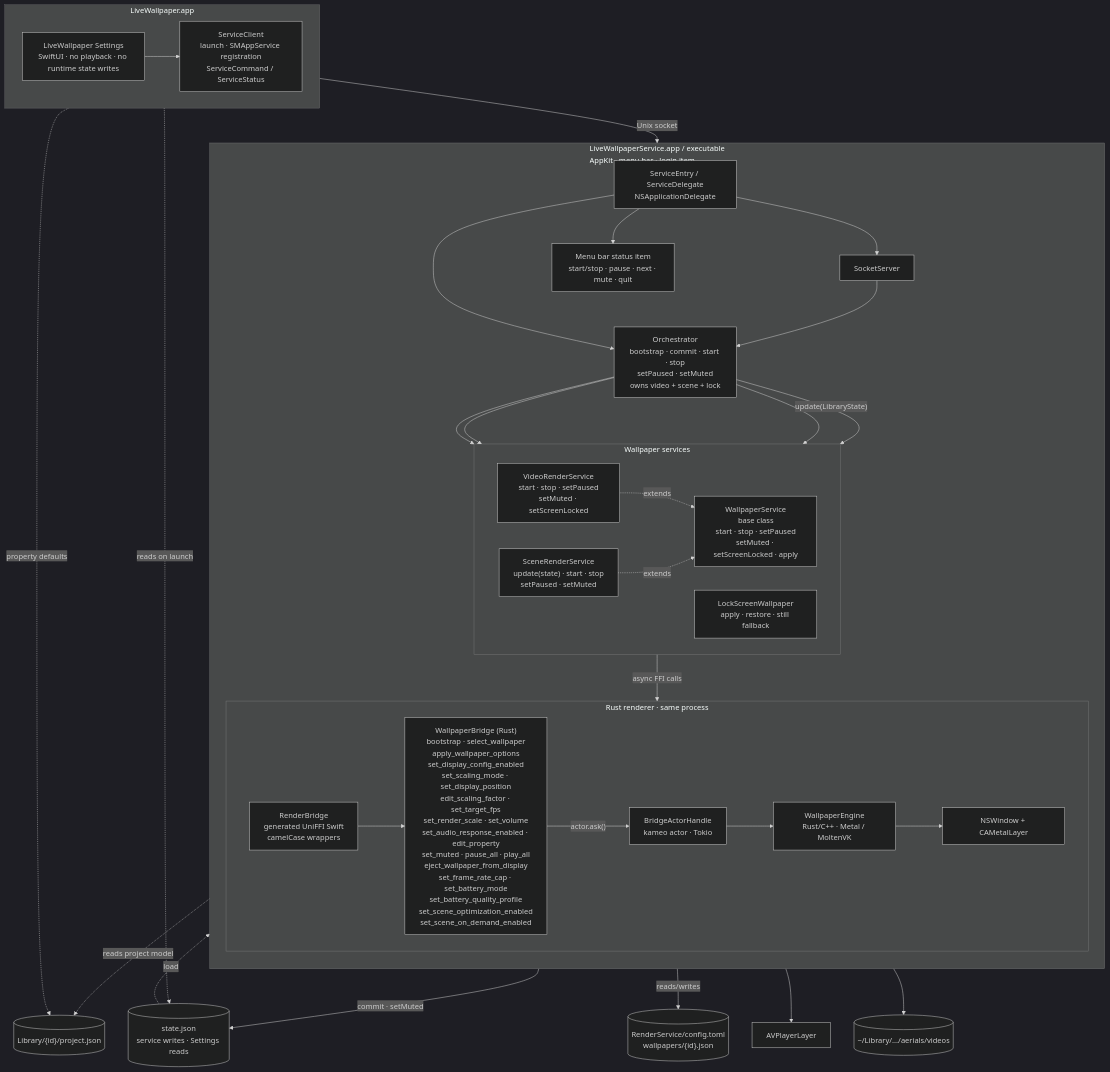
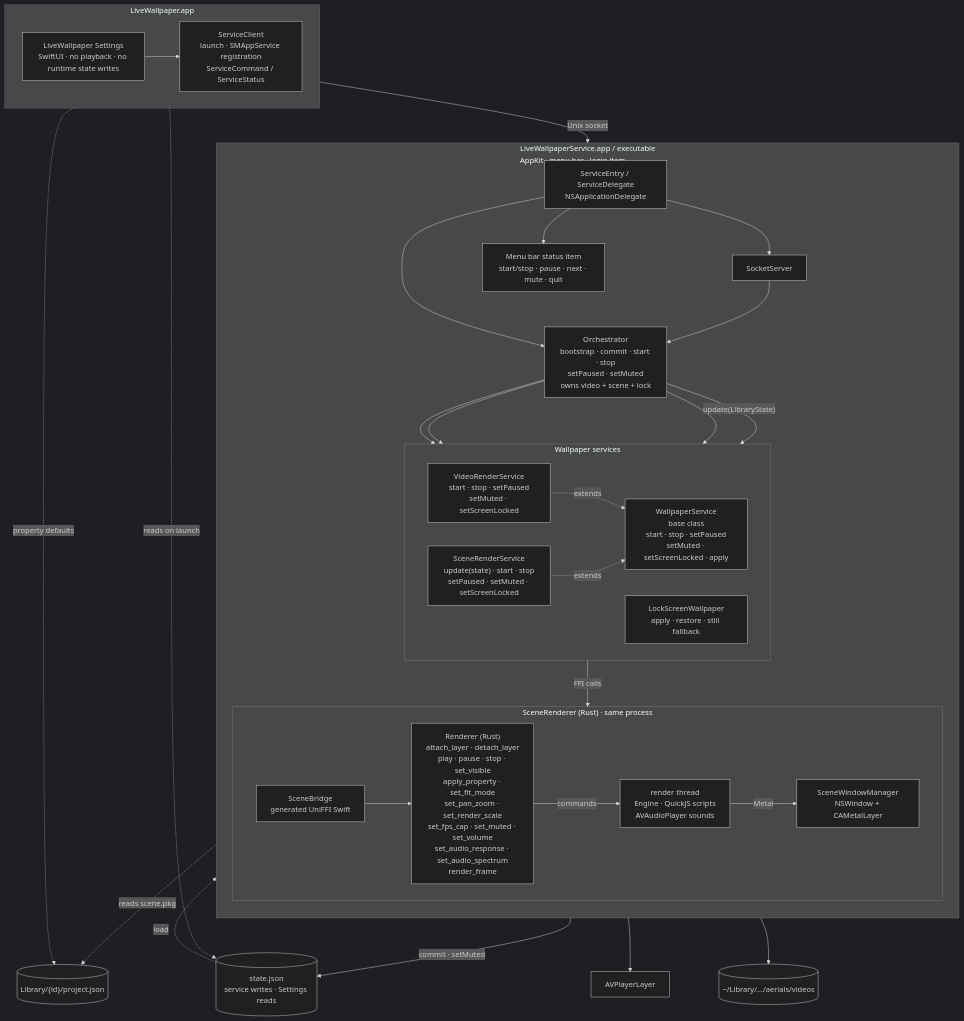
The diagram in ARCHITECTURE.md (Keksuccino/LiveWallpaper), drawn with Mermaid (dark theme) before and after one commit. The commit also changed other lines of this file and 46 other files, not shown here.

First line of the commit message:
feat: Implement system audio tap for audio spectrum response

````diff
--- a/ARCHITECTURE.md
+++ b/ARCHITECTURE.md
@@ -14,66 +14,62 @@
 ```mermaid
 flowchart TB
     subgraph APP["LiveWallpaper.app"]
         direction LR
         UI["LiveWallpaper Settings<br/>SwiftUI · no playback · no runtime state writes"]
         CLIENT["ServiceClient<br/>launch · SMAppService registration<br/>ServiceCommand / ServiceStatus"]
         UI --> CLIENT
     end
 
     subgraph SERVICE["LiveWallpaperService.app / executable<br/>AppKit · menu bar · login item"]
         direction TB
         ENTRY["ServiceEntry / ServiceDelegate<br/>NSApplicationDelegate"]
         SOCK["SocketServer"]
         ORCH["Orchestrator<br/>bootstrap · commit · start · stop<br/>setPaused · setMuted<br/>owns video + scene + lock"]
         MENU["Menu bar status item<br/>start/stop · pause · next · mute · quit"]
 
         subgraph PLAY["Wallpaper services"]
             direction LR
             BASE["WallpaperService<br/>base class<br/>start · stop · setPaused<br/>setMuted · setScreenLocked · apply"]
             VIDEO["VideoRenderService<br/>start · stop · setPaused<br/>setMuted · setScreenLocked"]
-            SCENE["SceneRenderService<br/>update(state) · start · stop<br/>setPaused · setMuted"]
+            SCENE["SceneRenderService<br/>update(state) · start · stop<br/>setPaused · setMuted · setScreenLocked"]
             LOCK["LockScreenWallpaper<br/>apply · restore · still fallback"]
         end
 
-        subgraph RUST["Rust renderer · same process"]
+        subgraph RUST["SceneRenderer (Rust) · same process"]
             direction LR
-            FFI["RenderBridge<br/>generated UniFFI Swift<br/>camelCase wrappers"]
-            BRIDGE["WallpaperBridge (Rust)<br/>bootstrap · select_wallpaper<br/>apply_wallpaper_options<br/>set_display_config_enabled<br/>set_scaling_mode · set_display_position<br/>edit_scaling_factor · set_target_fps<br/>set_render_scale · set_volume<br/>set_audio_response_enabled · edit_property<br/>set_muted · pause_all · play_all<br/>eject_wallpaper_from_display<br/>set_frame_rate_cap · set_battery_mode<br/>set_battery_quality_profile<br/>set_scene_optimization_enabled<br/>set_scene_on_demand_enabled"]
-            ACTOR["BridgeActorHandle<br/>kameo actor · Tokio"]
-            ENGINE["WallpaperEngine<br/>Rust/C++ · Metal / MoltenVK"]
-            WINDOW["NSWindow + CAMetalLayer"]
+            FFI["SceneBridge<br/>generated UniFFI Swift"]
+            API["Renderer (Rust)<br/>attach_layer · detach_layer<br/>play · pause · stop · set_visible<br/>apply_property · set_fit_mode<br/>set_pan_zoom · set_render_scale<br/>set_fps_cap · set_muted · set_volume<br/>set_audio_response · set_audio_spectrum<br/>render_frame"]
+            THREAD["render thread<br/>Engine · QuickJS scripts<br/>AVAudioPlayer sounds"]
+            WINDOW["SceneWindowManager<br/>NSWindow + CAMetalLayer"]
         end
 
         ENTRY --> SOCK
         ENTRY --> ORCH
         ENTRY --> MENU
         SOCK --> ORCH
         ORCH --> VIDEO
         ORCH --> SCENE
         ORCH --> LOCK
         ORCH -->|"update(LibraryState)"| SCENE
         VIDEO -.->|extends| BASE
         SCENE -.->|extends| BASE
-        SCENE -->|"async FFI calls"| FFI
-        FFI --> BRIDGE
-        BRIDGE -->|"actor.ask()"| ACTOR
-        ACTOR --> ENGINE
-        ENGINE --> WINDOW
+        SCENE -->|"FFI calls"| FFI
+        FFI --> API
+        API -->|"commands"| THREAD
+        THREAD -->|"Metal"| WINDOW
     end
 
     STATE[("state.json<br/>service writes · Settings reads")]
-    RCONFIG[("RenderService/config.toml<br/>wallpapers/{id}.json")]
     PROJECT[("Library/{id}/project.json")]
     AERIAL[("~/Library/.../aerials/videos")]
     AV["AVPlayerLayer"]
 
     CLIENT -->|"Unix socket"| SOCK
     UI -.->|"reads on launch"| STATE
     UI -.->|"property defaults"| PROJECT
     ORCH -->|"commit · setMuted"| STATE
     STATE -.->|"load"| ORCH
-    BRIDGE -->|"reads/writes"| RCONFIG
-    BRIDGE -.->|"reads project model"| PROJECT
+    THREAD -.->|"reads scene.pkg"| PROJECT
     VIDEO --> AV
     LOCK --> AERIAL
 ```
````
